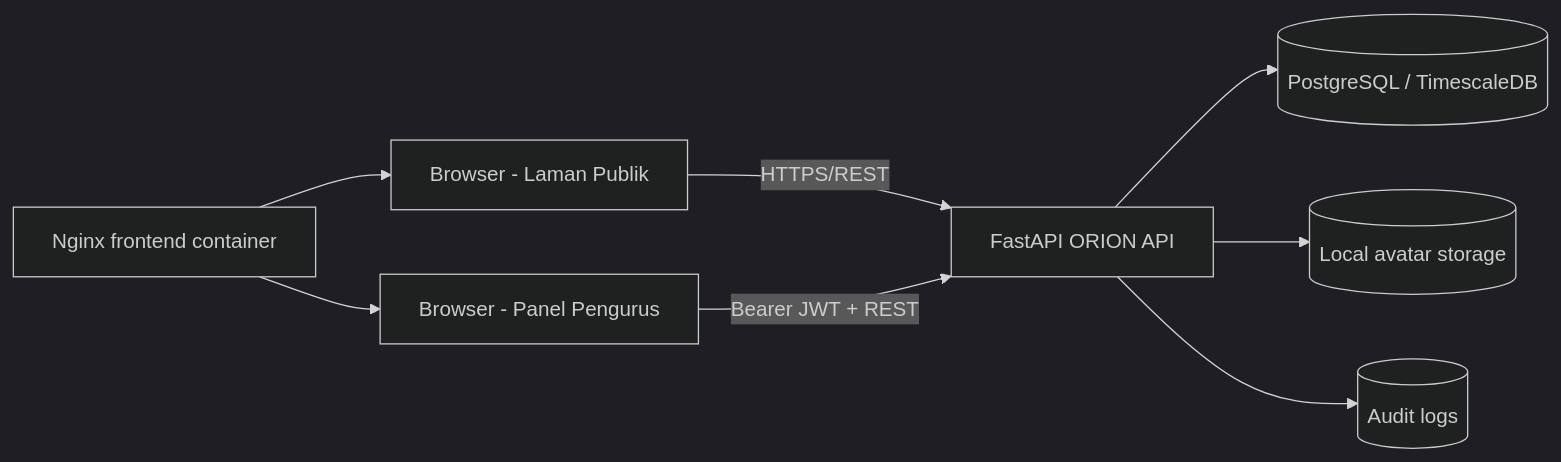
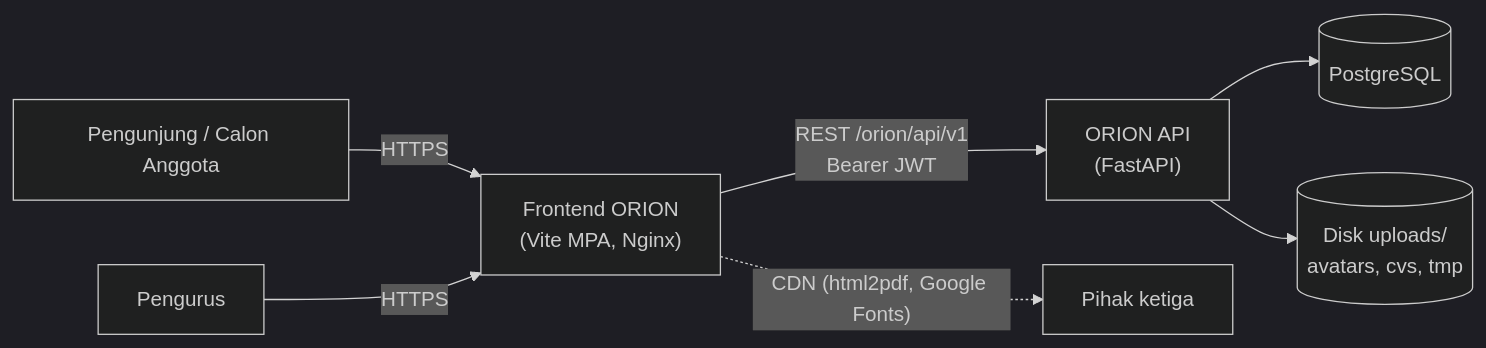
One commit to ksm-aiot-upnvj/orion-backend changed the diagram in docs/SKPL.md. Above: the diagram before and after it, drawn with Mermaid (dark theme). The commit also changed other lines of this file and 9 other files, not shown here.

````diff
--- a/docs/SKPL.md
+++ b/docs/SKPL.md
@@ -14,10 +101,9 @@
 ```mermaid
 flowchart LR
-    Public[Browser - Laman Publik] -->|HTTPS/REST| API[FastAPI ORION API]
-    Staff[Browser - Panel Pengurus] -->|Bearer JWT + REST| API
-    API --> DB[(PostgreSQL / TimescaleDB)]
-    API --> Files[(Local avatar storage)]
-    API --> Audit[(Audit logs)]
-    Web[Nginx frontend container] --> Public
-    Web --> Staff
+    Publik["Pengunjung / Calon Anggota"] -->|HTTPS| FE["Frontend ORION<br/>(Vite MPA, Nginx)"]
+    Pengurus["Pengurus"] -->|HTTPS| FE
+    FE -->|"REST /orion/api/v1<br/>Bearer JWT"| API["ORION API<br/>(FastAPI)"]
+    API --> DB[("PostgreSQL")]
+    API --> FS[("Disk uploads/<br/>avatars, cvs, tmp")]
+    FE -.->|"CDN (html2pdf, Google Fonts)"| CDN["Pihak ketiga"]
 ```
````
